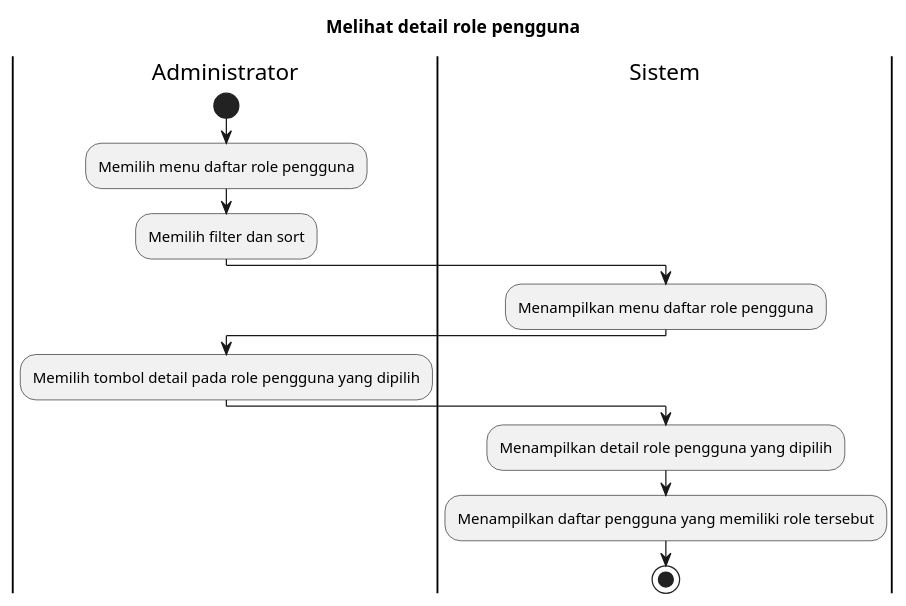
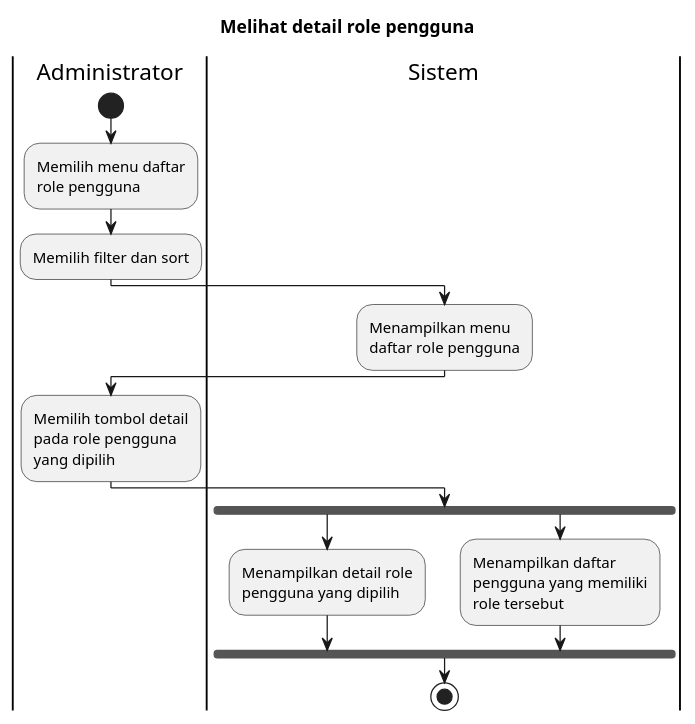
The diagram in Activity Diagrams/UC-MGUSER - Manajemen Pengguna/UC-MGUSER-005 - Melihat detail role pengguna.puml (bagusNA/appl-diagrams), drawn with PlantUML before and after one commit. The commit also changed 55 other files, not shown here.

```diff
--- a/Activity Diagrams/UC-MGUSER - Manajemen Pengguna/UC-MGUSER-005 - Melihat detail role pengguna.puml
+++ b/Activity Diagrams/UC-MGUSER - Manajemen Pengguna/UC-MGUSER-005 - Melihat detail role pengguna.puml
@@ -1,21 +1,26 @@
 @startuml UC-MGUSER-005 - Melihat detail role pengguna
+skinparam wrapWidth 140
+
 title Melihat detail role pengguna
 
 |Administrator|
 start
 :Memilih menu daftar role pengguna;
 :Memilih filter dan sort;
 
 |Sistem|
 :Menampilkan menu daftar role pengguna;
 
 |Administrator|
 :Memilih tombol detail pada role pengguna yang dipilih;
 
 |Sistem|
-:Menampilkan detail role pengguna yang dipilih;
-:Menampilkan daftar pengguna yang memiliki role tersebut;
+fork
+  :Menampilkan detail role pengguna yang dipilih;
+fork again
+  :Menampilkan daftar pengguna yang memiliki role tersebut;
+endfork
 
 stop
 
 @enduml
```
